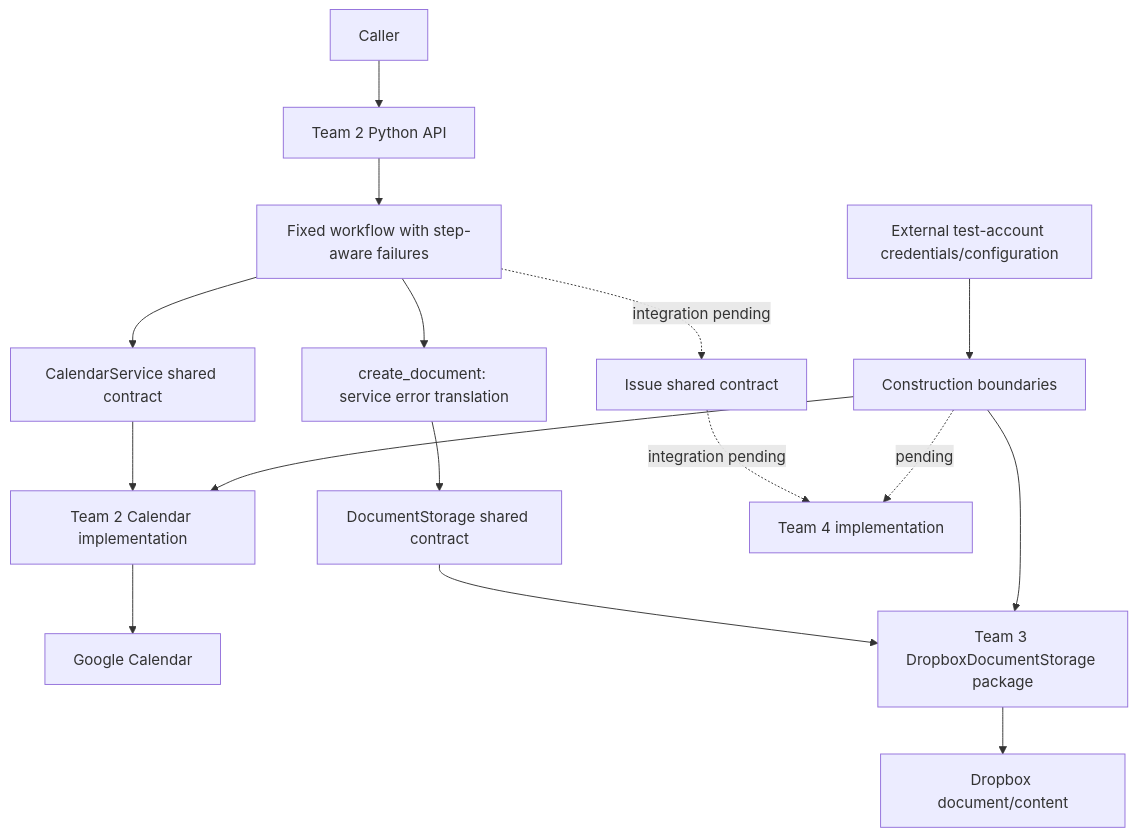
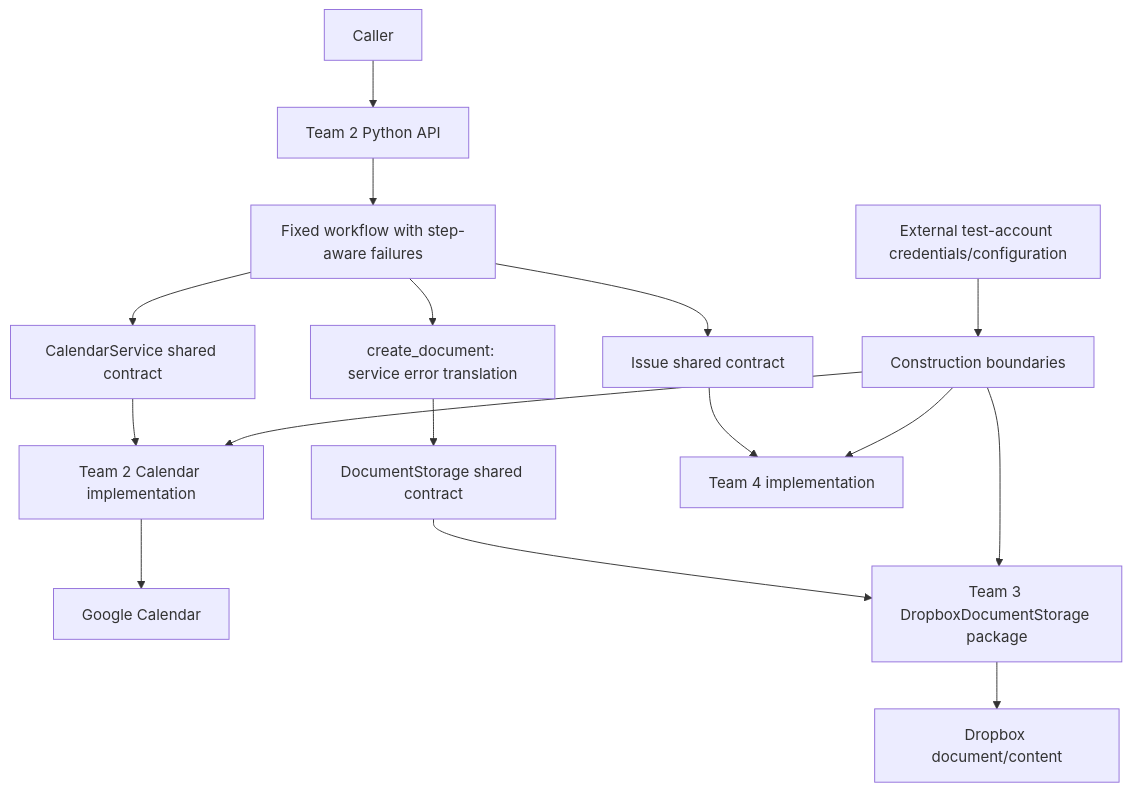
The second of 2 diagrams in docs/DESIGN.md (Airbus-A330/OSPSD-Team-2), drawn with Mermaid before and after one commit. The commit also changed other lines of this file and 8 other files, not shown here.

````diff
--- a/docs/DESIGN.md
+++ b/docs/DESIGN.md
@@ -231,18 +233,18 @@
 ```mermaid
 flowchart TD
     Caller[Caller] --> API[Team 2 Python API]
     API --> Workflow[Fixed workflow with step-aware failures]
     Workflow --> Calendar[CalendarService shared contract]
     Calendar --> Team2[Team 2 Calendar implementation]
     Team2 --> Google[Google Calendar]
     Workflow --> Create[create_document: service error translation]
     Create --> Storage[DocumentStorage shared contract]
     Storage --> Team3[Team 3 DropboxDocumentStorage package]
     Team3 --> Dropbox[Dropbox document/content]
-    Workflow -. integration pending .-> Issue[Issue shared contract]
-    Issue -. integration pending .-> Team4[Team 4 implementation]
+    Workflow --> Issue[Issue shared contract]
+    Issue --> Team4[Team 4 implementation]
     Config[External test-account credentials/configuration] --> Factory[Construction boundaries]
     Factory --> Team2
     Factory --> Team3
-    Factory -. pending .-> Team4
+    Factory --> Team4
 ```
````
